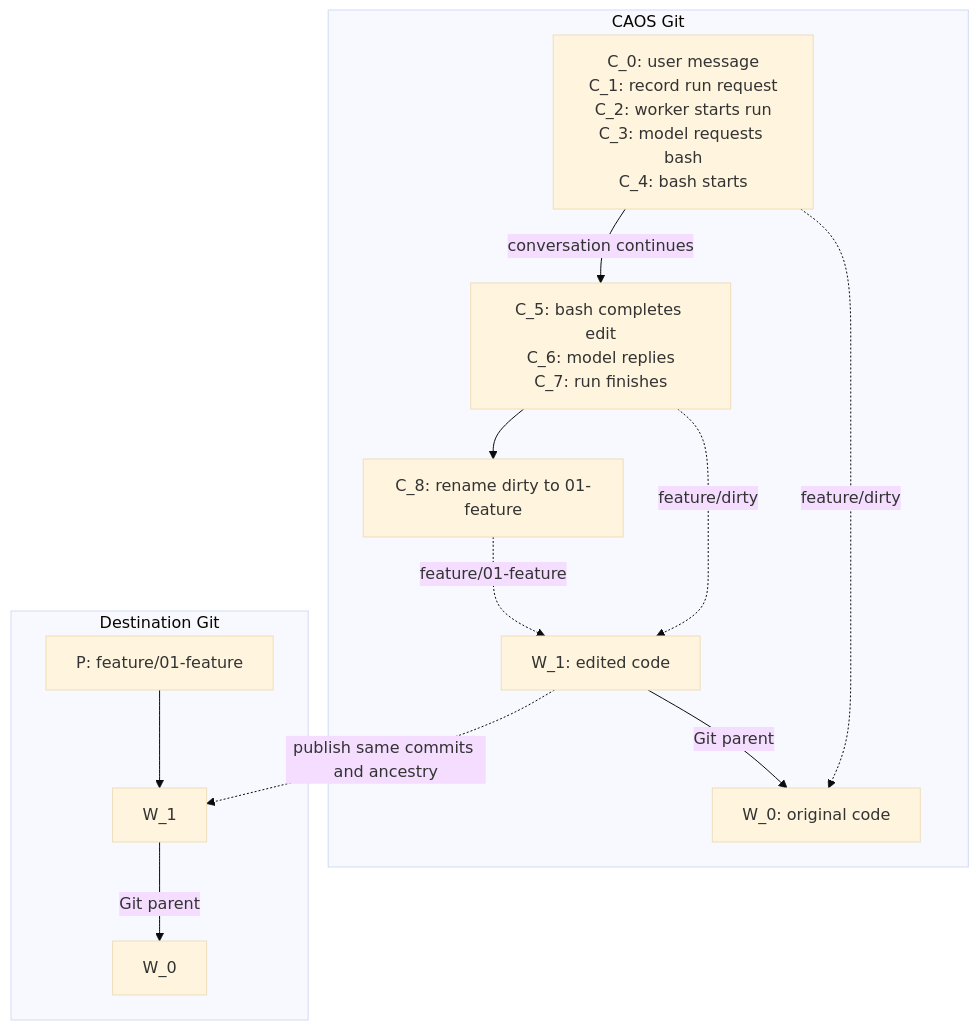
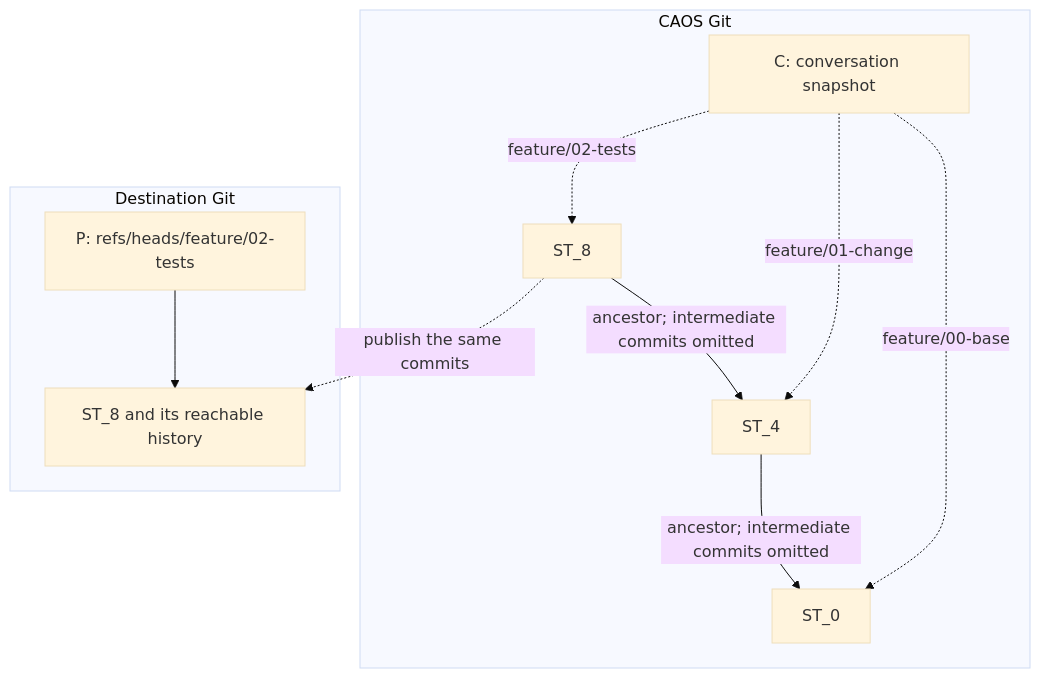
The diagram in design/chat.md (Metta-AI/caos), drawn with Mermaid (base theme) before and after one commit. The commit also changed other lines of this file and 42 other files, not shown here.

First line of the commit message:
Browse conversation files and explicitly publish source snapshots (#205)

````diff
--- a/design/chat.md
+++ b/design/chat.md
@@ -16,18 +48,15 @@
 ```mermaid
 flowchart TB
     subgraph caos["CAOS Git"]
-        before["C_0: user message<br/>C_1: record run request<br/>C_2: worker starts run<br/>C_3: model requests bash<br/>C_4: bash starts"]
-        after["C_5: bash completes edit<br/>C_6: model replies<br/>C_7: run finishes"]
-        before -->|conversation continues| after
-        before -.->|feature/dirty| W0["W_0: original code"]
-        after -.->|feature/dirty| W1["W_1: edited code"]
-        W1 -->|Git parent| W0
-        after --> ready["C_8: rename dirty to 01-feature"]
-        ready -.->|feature/01-feature| W1
+        C["C: conversation snapshot"]
+        C -.->|"feature/00-base"| ST0["ST_0"]
+        C -.->|"feature/01-change"| ST4["ST_4"]
+        C -.->|"feature/02-tests"| ST8["ST_8"]
+        ST8 -->|"ancestor; intermediate commits omitted"| ST4
+        ST4 -->|"ancestor; intermediate commits omitted"| ST0
     end
-    subgraph destination["Destination Git"]
-        P["P: feature/01-feature"] --> published1["W_1"]
-        published1 -->|Git parent| published0["W_0"]
+    subgraph remote["Destination Git"]
+        P["P: refs/heads/feature/02-tests"] --> Published["ST_8 and its reachable history"]
     end
-    W1 -.->|publish same commits and ancestry| published1
+    ST8 -.->|publish the same commits| Published
 ```
````
